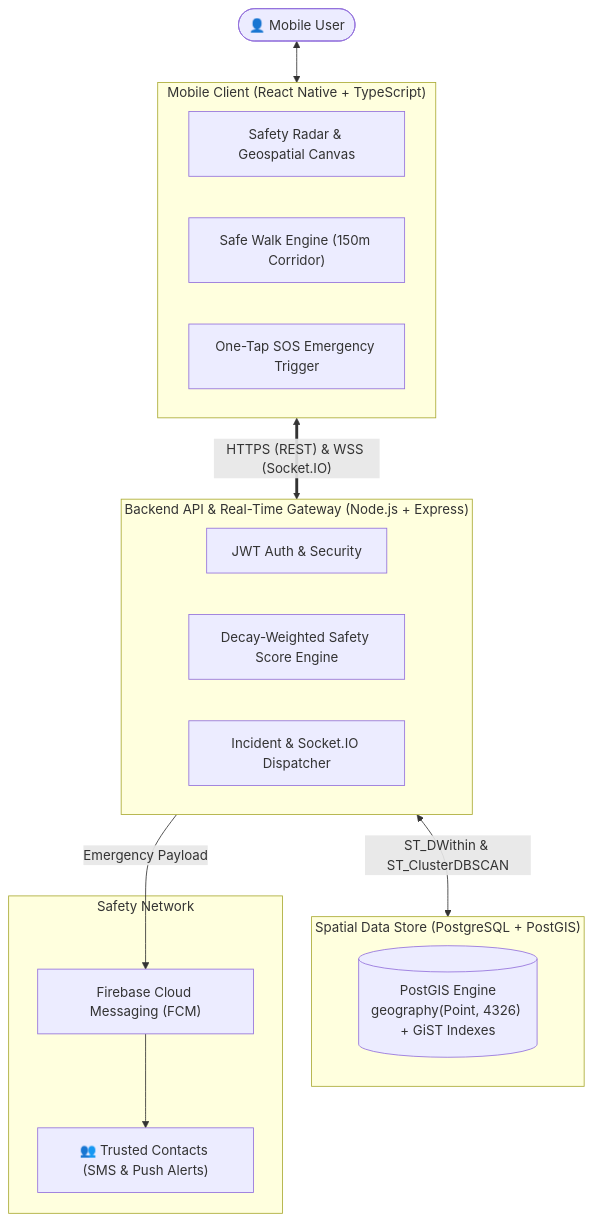
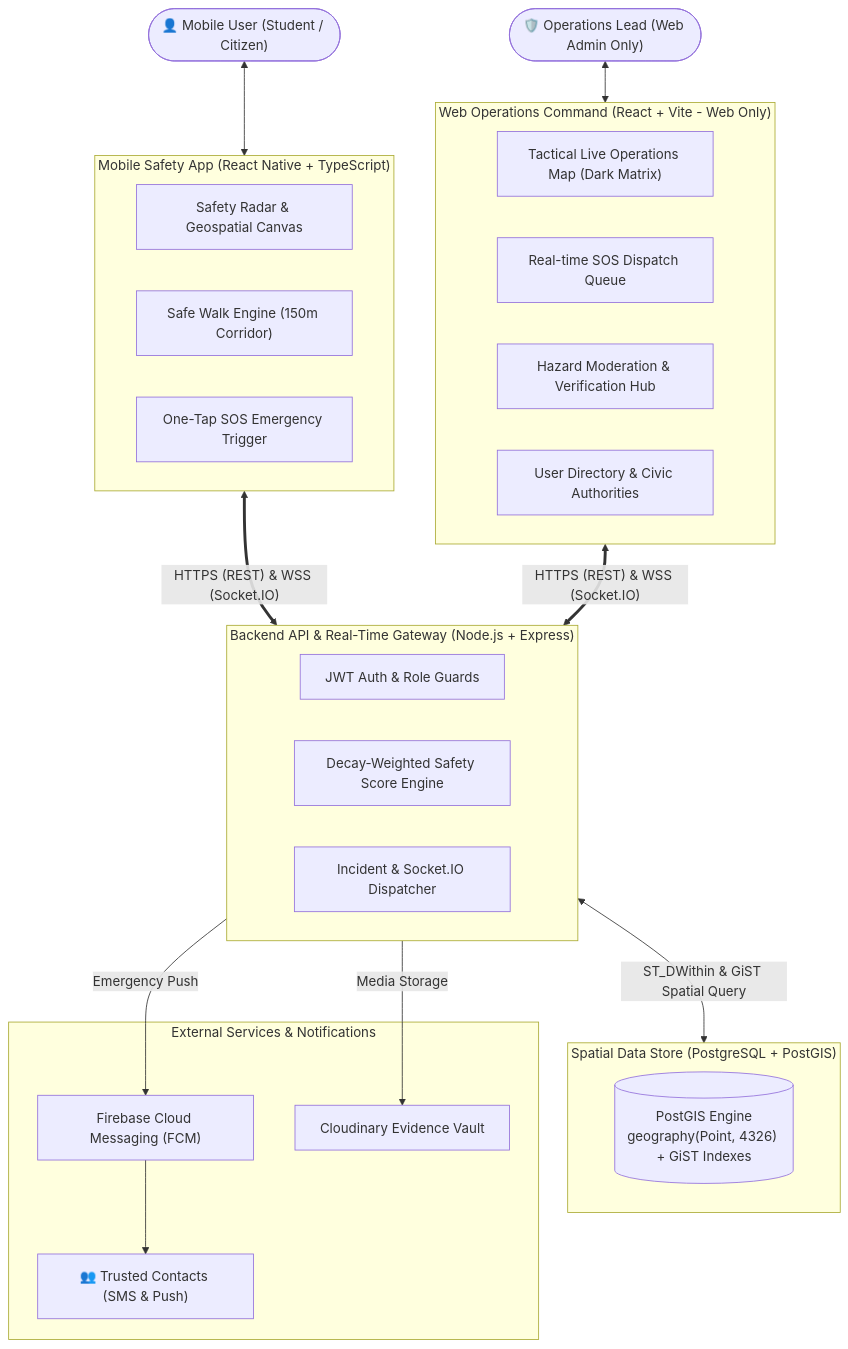
One commit to safora-safety/Safora changed the diagram in README.md. Above: the diagram before and after it, drawn with Mermaid. The commit also changed other lines of this file and 76 other files, not shown here.

Commit message:
feat: complete platform upgrade with watermark-free tactical map, real Dehradun dataset, web-only command center, and CI/CD

````diff
--- a/README.md
+++ b/README.md
@@ -24,31 +24,43 @@
 ```mermaid
 flowchart TD
-    User(["👤 Mobile User"])
+    User(["👤 Mobile User (Student / Citizen)"])
+    Admin(["🛡️ Operations Lead (Web Admin Only)"])
     
-    subgraph MobileApp ["Mobile Client (React Native + TypeScript)"]
+    subgraph MobileApp ["Mobile Safety App (React Native + TypeScript)"]
         Radar["Safety Radar & Geospatial Canvas"]
         SafeWalk["Safe Walk Engine (150m Corridor)"]
         SOS["One-Tap SOS Emergency Trigger"]
     end
+
+    subgraph WebAdmin ["Web Operations Command (React + Vite - Web Only)"]
+        CommandMap["Tactical Live Operations Map (Dark Matrix)"]
+        IncidentQueue["Real-time SOS Dispatch Queue"]
+        Moderation["Hazard Moderation & Verification Hub"]
+        UserMgmt["User Directory & Civic Authorities"]
+    end
     
     subgraph BackendGateway ["Backend API & Real-Time Gateway (Node.js + Express)"]
-        Auth["JWT Auth & Security"]
+        Auth["JWT Auth & Role Guards"]
         ScoreEngine["Decay-Weighted Safety Score Engine"]
         IncidentMgr["Incident & Socket.IO Dispatcher"]
     end
     
     subgraph SpatialDB ["Spatial Data Store (PostgreSQL + PostGIS)"]
         PostGIS[("PostGIS Engine<br/>geography(Point, 4326) + GiST Indexes")]
     end
     
-    subgraph EmergencyContacts ["Safety Network"]
+    subgraph ExternalServices ["External Services & Notifications"]
         FCM["Firebase Cloud Messaging (FCM)"]
-        Contacts["👥 Trusted Contacts (SMS & Push Alerts)"]
+        Cloudinary["Cloudinary Evidence Vault"]
+        Contacts["👥 Trusted Contacts (SMS & Push)"]
     end
 
     User <--> MobileApp
+    Admin <--> WebAdmin
     MobileApp <==>|"HTTPS (REST) & WSS (Socket.IO)"| BackendGateway
-    BackendGateway <-->|"ST_DWithin & ST_ClusterDBSCAN"| SpatialDB
-    BackendGateway -->|"Emergency Payload"| FCM
+    WebAdmin <==>|"HTTPS (REST) & WSS (Socket.IO)"| BackendGateway
+    BackendGateway <-->|"ST_DWithin & GiST Spatial Query"| SpatialDB
+    BackendGateway -->|"Emergency Push"| FCM
+    BackendGateway -->|"Media Storage"| Cloudinary
     FCM --> Contacts
 ```
````
